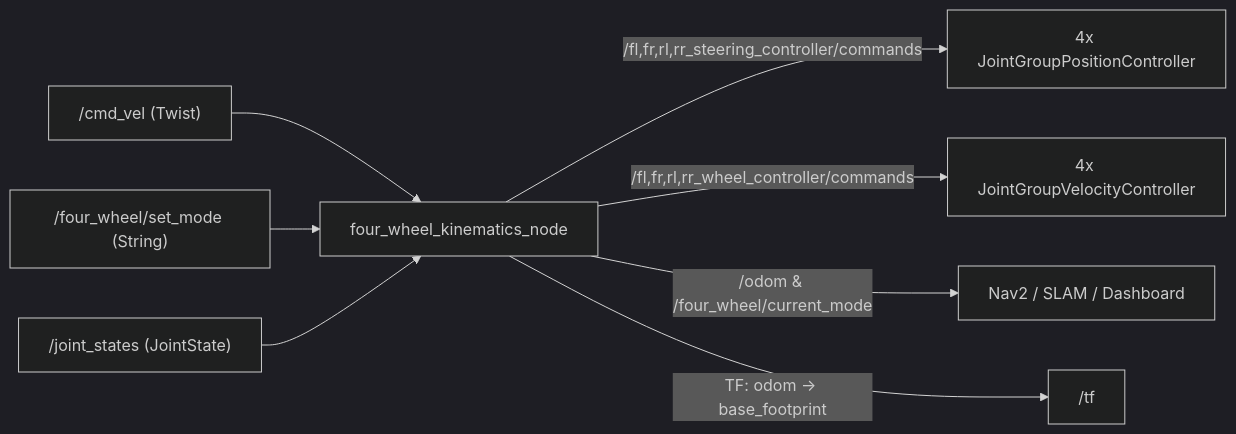
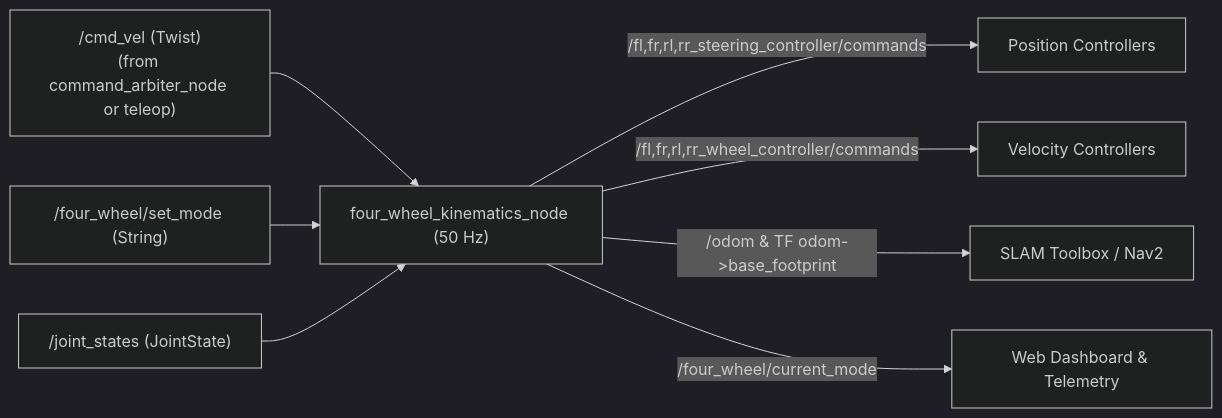
One commit to dkworks108/4ws_robot changed the diagram in src/four_wheel_control/README.md. Above: the diagram before and after it, drawn with Mermaid (dark theme). The commit also changed other lines of this file and 20 other files, not shown here.

````diff
--- a/src/four_wheel_control/README.md
+++ b/src/four_wheel_control/README.md
@@ -15,11 +27,10 @@
 ```mermaid
 flowchart LR
-    CmdVel["/cmd_vel (Twist)"] --> KinNode["four_wheel_kinematics_node"]
-    SetMode["/four_wheel/set_mode (String)"] --> KinNode
-    JointStates["/joint_states (JointState)"] --> KinNode
-
-    KinNode -->|"/fl,fr,rl,rr_steering_controller/commands"| SteerCtrl["4x JointGroupPositionController"]
-    KinNode -->|"/fl,fr,rl,rr_wheel_controller/commands"| WheelCtrl["4x JointGroupVelocityController"]
-    KinNode -->|"/odom & /four_wheel/current_mode"| Downstream["Nav2 / SLAM / Dashboard"]
-    KinNode -->|"TF: odom -> base_footprint"| TF["/tf"]
+    Arbiter["/cmd_vel (Twist)\n(from command_arbiter_node or teleop)"] --> Kin["four_wheel_kinematics_node (50 Hz)"]
+    SetMode["/four_wheel/set_mode (String)"] --> Kin
+    JointStates["/joint_states (JointState)"] --> Kin
+    Kin -->|"/fl,fr,rl,rr_steering_controller/commands"| Steer["Position Controllers"]
+    Kin -->|"/fl,fr,rl,rr_wheel_controller/commands"| Drive["Velocity Controllers"]
+    Kin -->|"/odom & TF odom->base_footprint"| Nav["SLAM Toolbox / Nav2"]
+    Kin -->|"/four_wheel/current_mode"| UI["Web Dashboard & Telemetry"]
 ```
````
